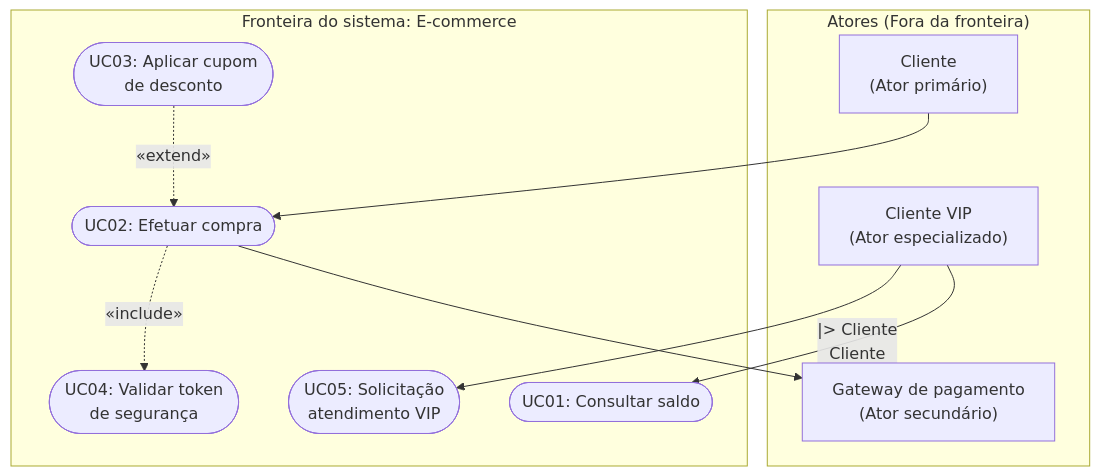
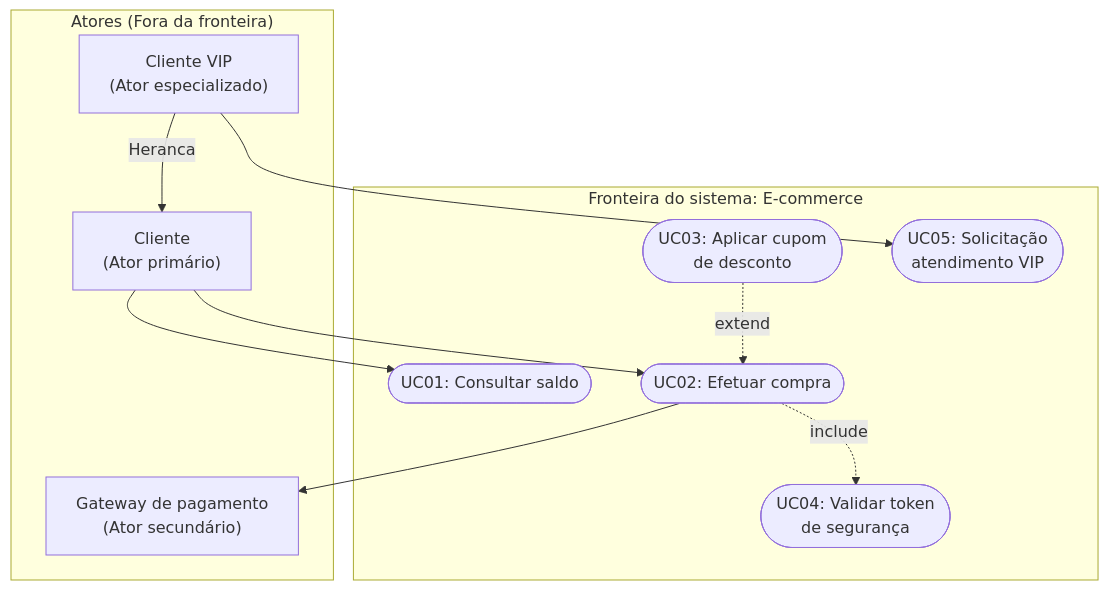
One commit to leorruas/puc changed the second of 11 diagrams in 07. Engenharia de Requisitos/08. Modelagem de requisitos com casos de uso e especificações textuais.md. Above: the diagram before and after it, drawn with Mermaid. The commit also changed other lines of this file, not shown here.

Commit message:
fix(mermaid): corrige sintaxe de setas e rotulos nos diagramas de casos de uso

````diff
--- a/07. Engenharia de Requisitos/08. Modelagem de requisitos com casos de uso e especificações textuais.md
+++ b/07. Engenharia de Requisitos/08. Modelagem de requisitos com casos de uso e especificações textuais.md
@@ -77,24 +77,24 @@
 ```mermaid
 flowchart TD
     subgraph Atores["Atores (Fora da fronteira)"]
         Cliente["Cliente<br>(Ator primário)"]
         ClienteVIP["Cliente VIP<br>(Ator especializado)"]
         Gateway["Gateway de pagamento<br>(Ator secundário)"]
     end
 
     subgraph Sistema["Fronteira do sistema: E-commerce"]
         UC01(["UC01: Consultar saldo"])
         UC02(["UC02: Efetuar compra"])
         UC03(["UC03: Aplicar cupom<br>de desconto"])
         UC04(["UC04: Validar token<br>de segurança"])
         UC05(["UC05: Solicitação<br>atendimento VIP"])
     end
 
-    ClienteVIP --|> Cliente
+    ClienteVIP -->|Heranca| Cliente
     Cliente --> UC01
     Cliente --> UC02
     ClienteVIP --> UC05
     UC02 --> Gateway
-    UC03 -.->|"«extend»"| UC02
-    UC02 -.->|"«include»"| UC04
+    UC03 -.->|extend| UC02
+    UC02 -.->|include| UC04
 ```
````
